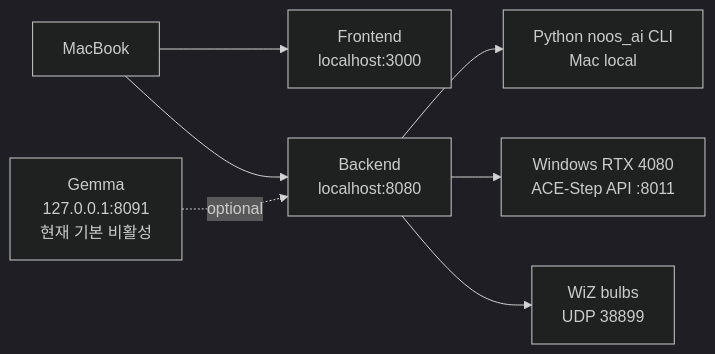
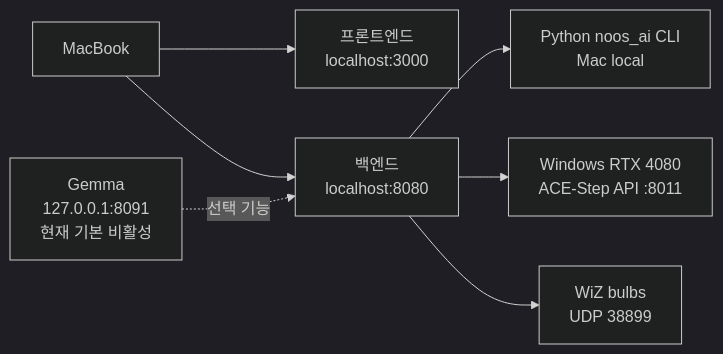
The sixth of 7 diagrams in docs/system-flow-diagrams/README.md (soonha01/noosbeta260215), drawn with Mermaid (dark theme) before and after one commit. The commit also changed other lines of this file and 7 other files, not shown here.

````diff
--- a/docs/system-flow-diagrams/README.md
+++ b/docs/system-flow-diagrams/README.md
@@ -104,9 +104,9 @@
 ```mermaid
 flowchart LR
-  MAC["MacBook"] --> V["Frontend<br/>localhost:3000"]
-  MAC --> S["Backend<br/>localhost:8080"]
+  MAC["MacBook"] --> V["프론트엔드<br/>localhost:3000"]
+  MAC --> S["백엔드<br/>localhost:8080"]
   S --> PY["Python noos_ai CLI<br/>Mac local"]
   S --> WIN["Windows RTX 4080<br/>ACE-Step API :8011"]
   S --> BULB["WiZ bulbs<br/>UDP 38899"]
-  GEM["Gemma<br/>127.0.0.1:8091<br/>현재 기본 비활성"] -. optional .-> S
+  GEM["Gemma<br/>127.0.0.1:8091<br/>현재 기본 비활성"] -. 선택 기능 .-> S
 ```
````
